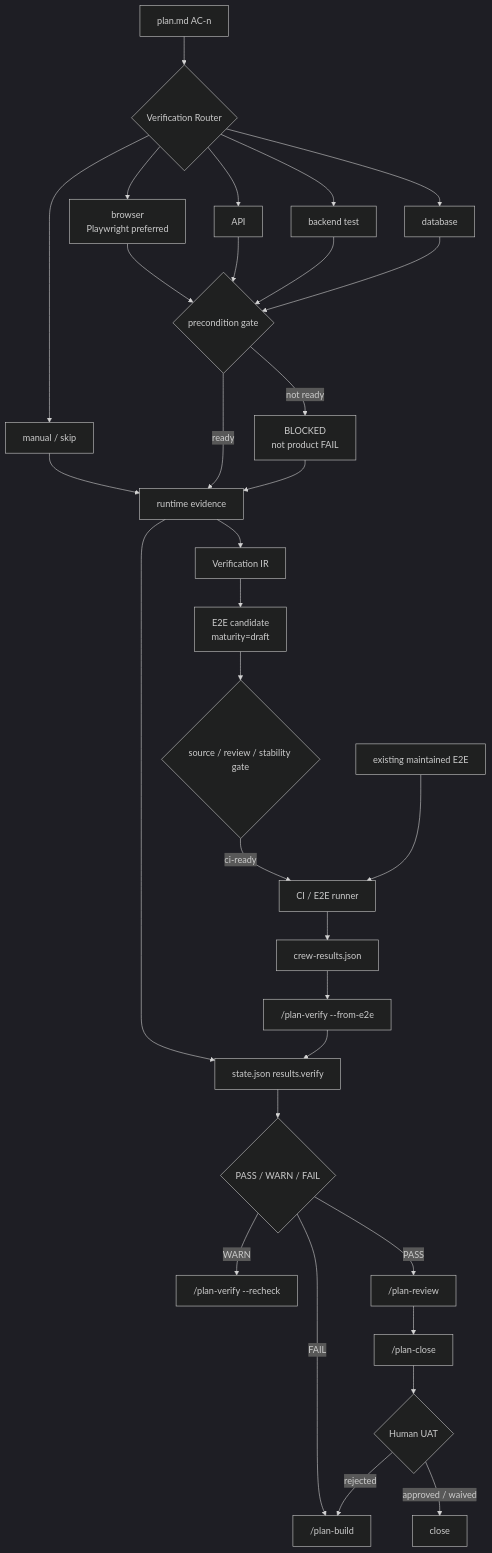
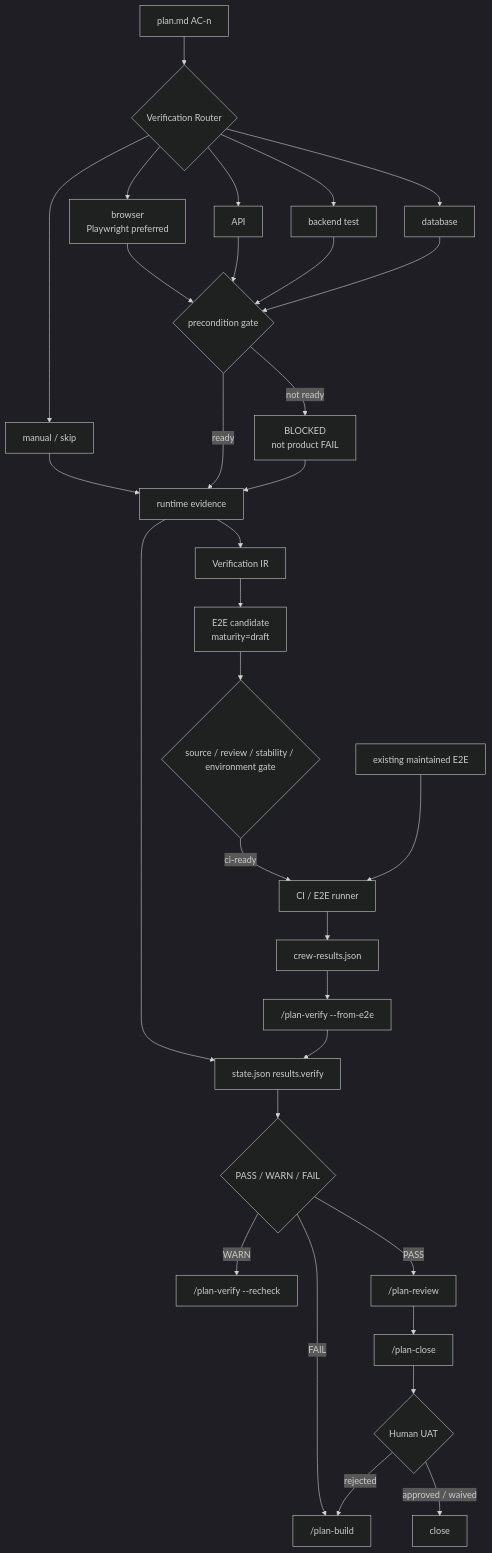
Before and after one commit to mark22013333/crew: the fifth of 5 diagrams in plugins/feature-workflow/README.md, drawn with Mermaid (dark theme). The commit also changed other lines of this file and 7 other files, not shown here.

````diff
--- a/plugins/feature-workflow/README.md
+++ b/plugins/feature-workflow/README.md
@@ -309,36 +309,36 @@
 ```mermaid
 flowchart TD
     AC["plan.md AC-n"] --> Router{"Verification Router"}
     Router --> Browser["browser<br/>Playwright preferred"]
     Router --> API["API"]
     Router --> Backend["backend test"]
     Router --> DB["database"]
     Router --> Manual["manual / skip"]
     Browser --> Pre{"precondition gate"}
     API --> Pre
     Backend --> Pre
     DB --> Pre
     Manual --> Evidence["runtime evidence"]
     Pre -- "ready" --> Evidence
     Pre -- "not ready" --> Blocked["BLOCKED<br/>not product FAIL"]
     Blocked --> Evidence
     Evidence --> Result["state.json results.verify"]
     Evidence --> IR["Verification IR"]
     IR --> Draft["E2E candidate<br/>maturity=draft"]
-    Draft --> Promote{"source / review / stability gate"}
+    Draft --> Promote{"source / review / stability / environment gate"}
     Promote -- "ci-ready" --> CI["CI / E2E runner"]
 
     Existing["existing maintained E2E"] --> CI
     CI --> Artifact["crew-results.json"]
     Artifact --> Import["/plan-verify --from-e2e"]
     Import --> Result
 
     Result --> Status{"PASS / WARN / FAIL"}
     Status -- "FAIL" --> Build["/plan-build"]
     Status -- "WARN" --> Recheck["/plan-verify --recheck"]
     Status -- "PASS" --> Review["/plan-review"]
     Review --> Close["/plan-close"]
     Close --> UAT{"Human UAT"}
     UAT -- "rejected" --> Build
     UAT -- "approved / waived" --> Done["close"]
 ```
````
